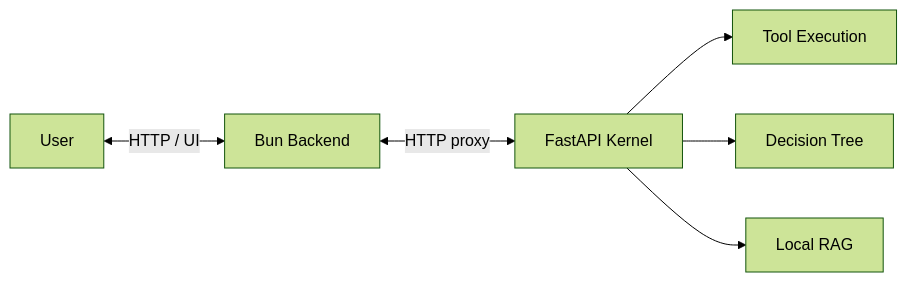
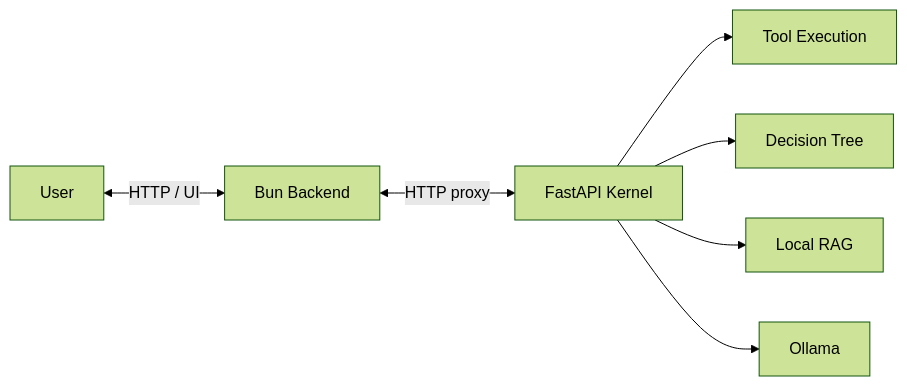
Before and after one commit to Elysia20220909/ElysiaAI: the diagram in README.md, drawn with Mermaid (forest theme). The commit also changed other lines of this file, not shown here.

````diff
--- a/README.md
+++ b/README.md
@@ -116,8 +182,9 @@
 ```mermaid
 graph LR
     U[User] <-->|HTTP / UI| B[Bun Backend]
     B <-->|HTTP proxy| P[FastAPI Kernel]
     P --> T[Tool Execution]
     P --> D[Decision Tree]
     P --> R[Local RAG]
+    P --> O[Ollama]
 ```
````
